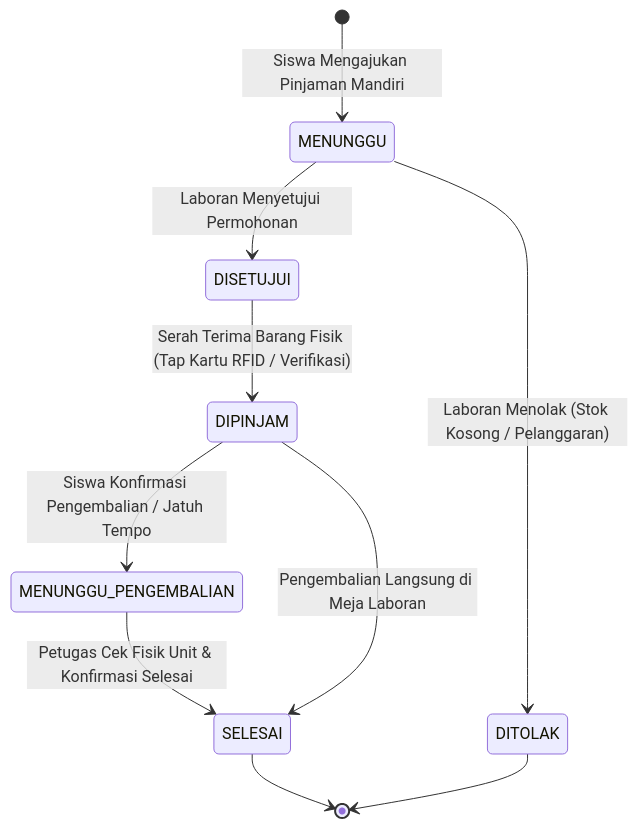
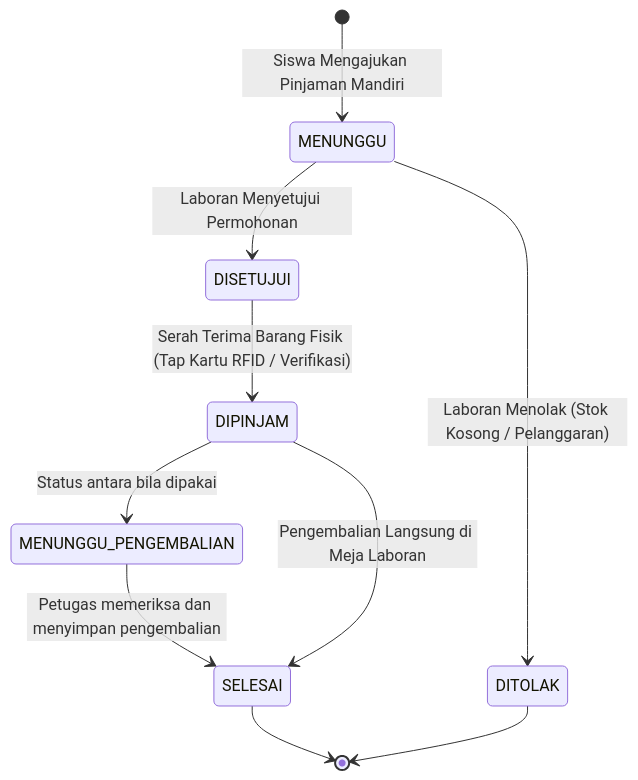
One commit to UhenDev/sipala changed the first of 2 diagrams in LAPORAN_AKHIR_SIPALA.md. Above: the diagram before and after it, drawn with Mermaid. The commit also changed other lines of this file and 3 other files, not shown here.

````diff
--- a/LAPORAN_AKHIR_SIPALA.md
+++ b/LAPORAN_AKHIR_SIPALA.md
@@ -186,12 +186,12 @@
 ```mermaid
 stateDiagram-v2
     [*] --> MENUNGGU : Siswa Mengajukan Pinjaman Mandiri
     MENUNGGU --> DITOLAK : Laboran Menolak (Stok Kosong / Pelanggaran)
     MENUNGGU --> DISETUJUI : Laboran Menyetujui Permohonan
     DISETUJUI --> DIPINJAM : Serah Terima Barang Fisik (Tap Kartu RFID / Verifikasi)
-    DIPINJAM --> MENUNGGU_PENGEMBALIAN : Siswa Konfirmasi Pengembalian / Jatuh Tempo
-    MENUNGGU_PENGEMBALIAN --> SELESAI : Petugas Cek Fisik Unit & Konfirmasi Selesai
+    DIPINJAM --> MENUNGGU_PENGEMBALIAN : Status antara bila dipakai
+    MENUNGGU_PENGEMBALIAN --> SELESAI : Petugas memeriksa dan menyimpan pengembalian
     DIPINJAM --> SELESAI : Pengembalian Langsung di Meja Laboran
     SELESAI --> [*]
     DITOLAK --> [*]
 ```
````
